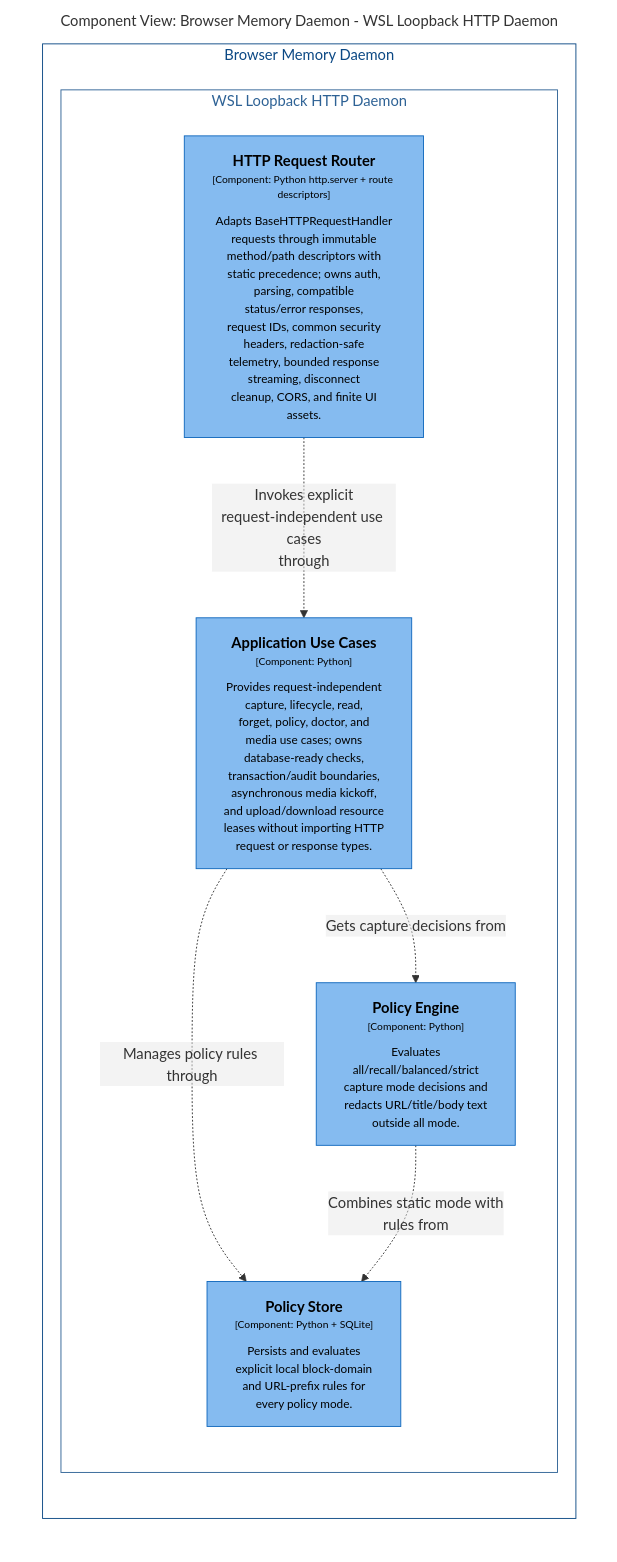
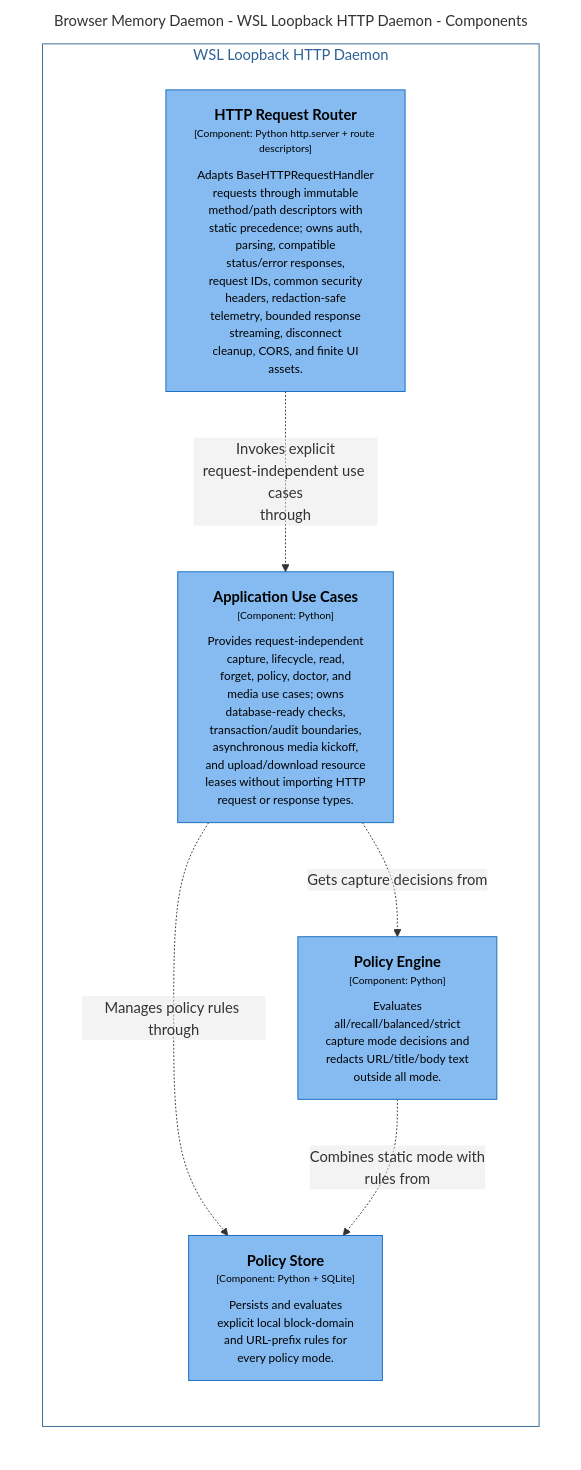
The diagram in docs/architecture/diagrams/markdown/DaemonPolicyComponents.md (michaelnicks0/browser-memory-daemon), drawn with Mermaid before and after one commit. The commit also changed 331 other files, not shown here.

Commit message:
docs: refresh architecture and publish surfaces

````diff
--- a/docs/architecture/diagrams/markdown/DaemonPolicyComponents.md
+++ b/docs/architecture/diagrams/markdown/DaemonPolicyComponents.md
@@ -16,32 +16,26 @@
 ```mermaid
 graph LR
   linkStyle default fill:#ffffff
 
-  subgraph diagram ["Component View: Browser Memory Daemon - WSL Loopback HTTP Daemon"]
+  subgraph diagram ["Browser Memory Daemon - WSL Loopback HTTP Daemon - Components"]
     style diagram fill:#ffffff,stroke:#ffffff
 
-    subgraph 4 ["Browser Memory Daemon"]
-      style 4 fill:#ffffff,stroke:#0b4884,color:#0b4884
+    subgraph 22 ["WSL Loopback HTTP Daemon"]
+      style 22 fill:#ffffff,stroke:#2e6295,color:#2e6295
 
-      subgraph 22 ["WSL Loopback HTTP Daemon"]
-        style 22 fill:#ffffff,stroke:#2e6295,color:#2e6295
-
-        23["<div style='font-weight: bold'>HTTP Request Router</div><div style='font-size: 70%; margin-top: 0px'>[Component: Python http.server + route descriptors]</div><div style='font-size: 80%; margin-top:10px'>Adapts BaseHTTPRequestHandler<br />requests through immutable<br />method/path descriptors with<br />static precedence; owns auth,<br />parsing, compatible<br />status/error responses,<br />request IDs, common security<br />headers, redaction-safe<br />telemetry, bounded response<br />streaming, disconnect<br />cleanup, CORS, and finite UI<br />assets.</div>"]
-        style 23 fill:#85bbf0,stroke:#1168bd,color:#000000
-        24["<div style='font-weight: bold'>Application Use Cases</div><div style='font-size: 70%; margin-top: 0px'>[Component: Python]</div><div style='font-size: 80%; margin-top:10px'>Provides request-independent<br />capture, lifecycle, read,<br />forget, policy, doctor, and<br />media use cases; owns<br />database-ready checks,<br />transaction/audit boundaries,<br />asynchronous media kickoff,<br />and upload/download resource<br />leases without importing HTTP<br />request or response types.</div>"]
-        style 24 fill:#85bbf0,stroke:#1168bd,color:#000000
-        26["<div style='font-weight: bold'>Policy Engine</div><div style='font-size: 70%; margin-top: 0px'>[Component: Python]</div><div style='font-size: 80%; margin-top:10px'>Evaluates<br />all/recall/balanced/strict<br />capture mode decisions and<br />redacts URL/title/body text<br />outside all mode.</div>"]
-        style 26 fill:#85bbf0,stroke:#1168bd,color:#000000
-        27["<div style='font-weight: bold'>Policy Store</div><div style='font-size: 70%; margin-top: 0px'>[Component: Python + SQLite]</div><div style='font-size: 80%; margin-top:10px'>Persists and evaluates<br />explicit local block-domain<br />and URL-prefix rules for<br />every policy mode.</div>"]
-        style 27 fill:#85bbf0,stroke:#1168bd,color:#000000
-      end
-
+      23["<div style='font-weight: bold'>HTTP Request Router</div><div style='font-size: 70%; margin-top: 0px'>[Component: Python http.server + route descriptors]</div><div style='font-size: 80%; margin-top:10px'>Adapts BaseHTTPRequestHandler<br />requests through immutable<br />method/path descriptors with<br />static precedence; owns auth,<br />parsing, compatible<br />status/error responses,<br />request IDs, common security<br />headers, redaction-safe<br />telemetry, bounded response<br />streaming, disconnect<br />cleanup, CORS, and finite UI<br />assets.</div>"]
+      style 23 fill:#85bbf0,stroke:#1168bd,color:#000000
+      24["<div style='font-weight: bold'>Application Use Cases</div><div style='font-size: 70%; margin-top: 0px'>[Component: Python]</div><div style='font-size: 80%; margin-top:10px'>Provides request-independent<br />capture, lifecycle, read,<br />forget, policy, doctor, and<br />media use cases; owns<br />database-ready checks,<br />transaction/audit boundaries,<br />asynchronous media kickoff,<br />and upload/download resource<br />leases without importing HTTP<br />request or response types.</div>"]
+      style 24 fill:#85bbf0,stroke:#1168bd,color:#000000
+      26["<div style='font-weight: bold'>Policy Engine</div><div style='font-size: 70%; margin-top: 0px'>[Component: Python]</div><div style='font-size: 80%; margin-top:10px'>Evaluates<br />all/recall/balanced/strict<br />capture mode decisions and<br />redacts URL/title/body text<br />outside all mode.</div>"]
+      style 26 fill:#85bbf0,stroke:#1168bd,color:#000000
+      27["<div style='font-weight: bold'>Policy Store</div><div style='font-size: 70%; margin-top: 0px'>[Component: Python + SQLite]</div><div style='font-size: 80%; margin-top:10px'>Persists and evaluates<br />explicit local block-domain<br />and URL-prefix rules for<br />every policy mode.</div>"]
+      style 27 fill:#85bbf0,stroke:#1168bd,color:#000000
     end
 
     23-. "<div>Invokes explicit<br />request-independent use cases<br />through</div><div style='font-size: 70%'></div>" .->24
     24-. "<div>Gets capture decisions from</div><div style='font-size: 70%'></div>" .->26
     24-. "<div>Manages policy rules through</div><div style='font-size: 70%'></div>" .->27
     26-. "<div>Combines static mode with<br />rules from</div><div style='font-size: 70%'></div>" .->27
-
   end
 ```
````
